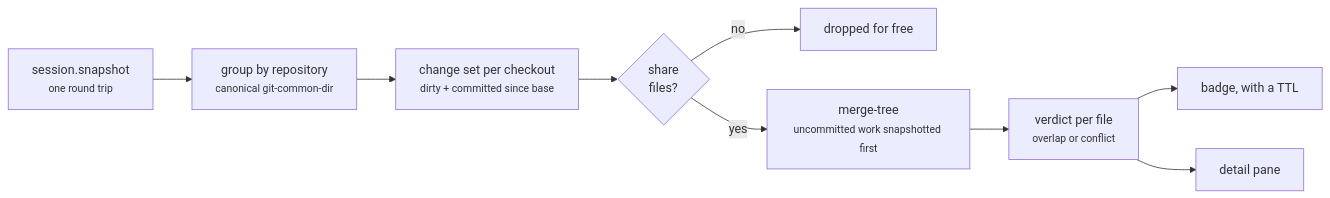
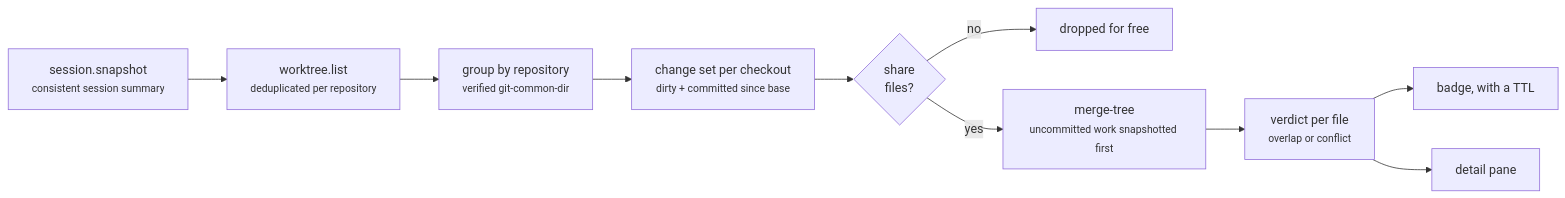
One commit to moneycaringcoder/herdr-collide changed the diagram in README.md. Above: the diagram before and after it, drawn with Mermaid. The commit also changed other lines of this file and 15 other files, not shown here.

````diff
--- a/README.md
+++ b/README.md
@@ -431,11 +437,12 @@
 ```mermaid
 flowchart LR
-    S["session.snapshot<br/><small>one round trip</small>"] --> G["group by repository<br/><small>canonical git-common-dir</small>"]
+    S["session.snapshot<br/><small>consistent session summary</small>"] --> W["worktree.list<br/><small>deduplicated per repository</small>"]
+    W --> G["group by repository<br/><small>verified git-common-dir</small>"]
     G --> C["change set per checkout<br/><small>dirty + committed since base</small>"]
     C --> I{"share<br/>files?"}
     I -- no --> D["dropped for free"]
     I -- yes --> M["merge-tree<br/><small>uncommitted work snapshotted first</small>"]
     M --> V["verdict per file<br/><small>overlap or conflict</small>"]
     V --> B["badge, with a TTL"]
     V --> P["detail pane"]
 ```
````
